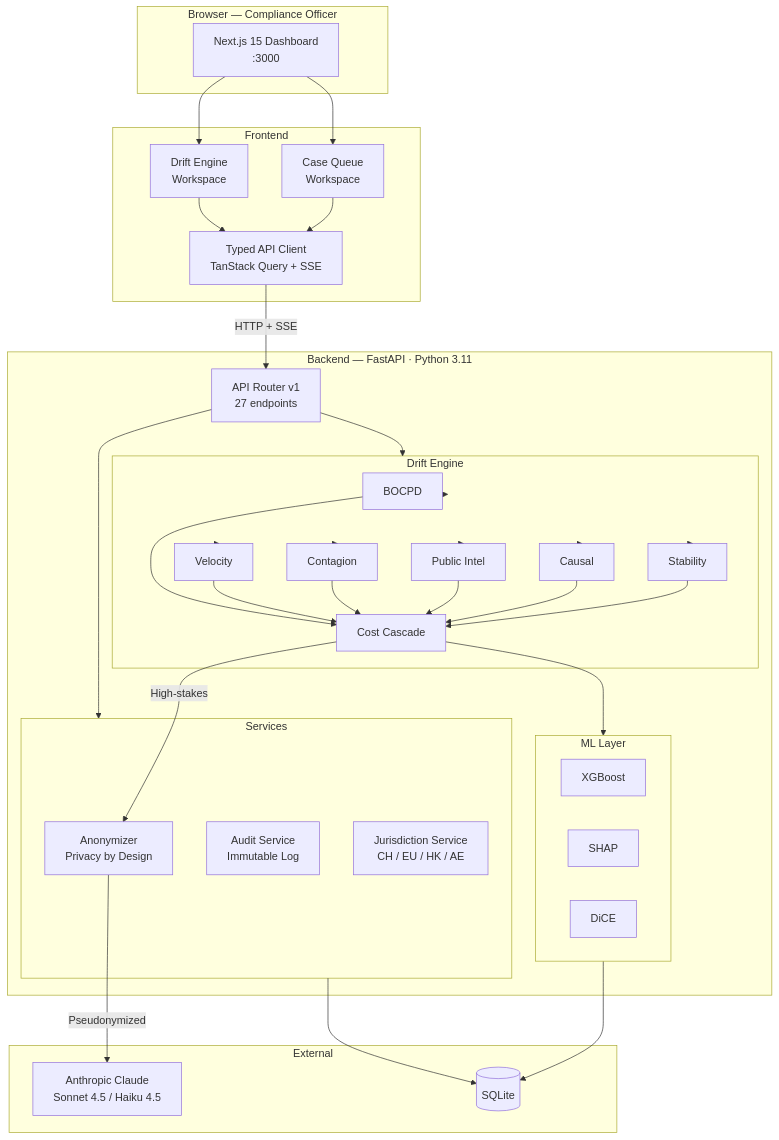
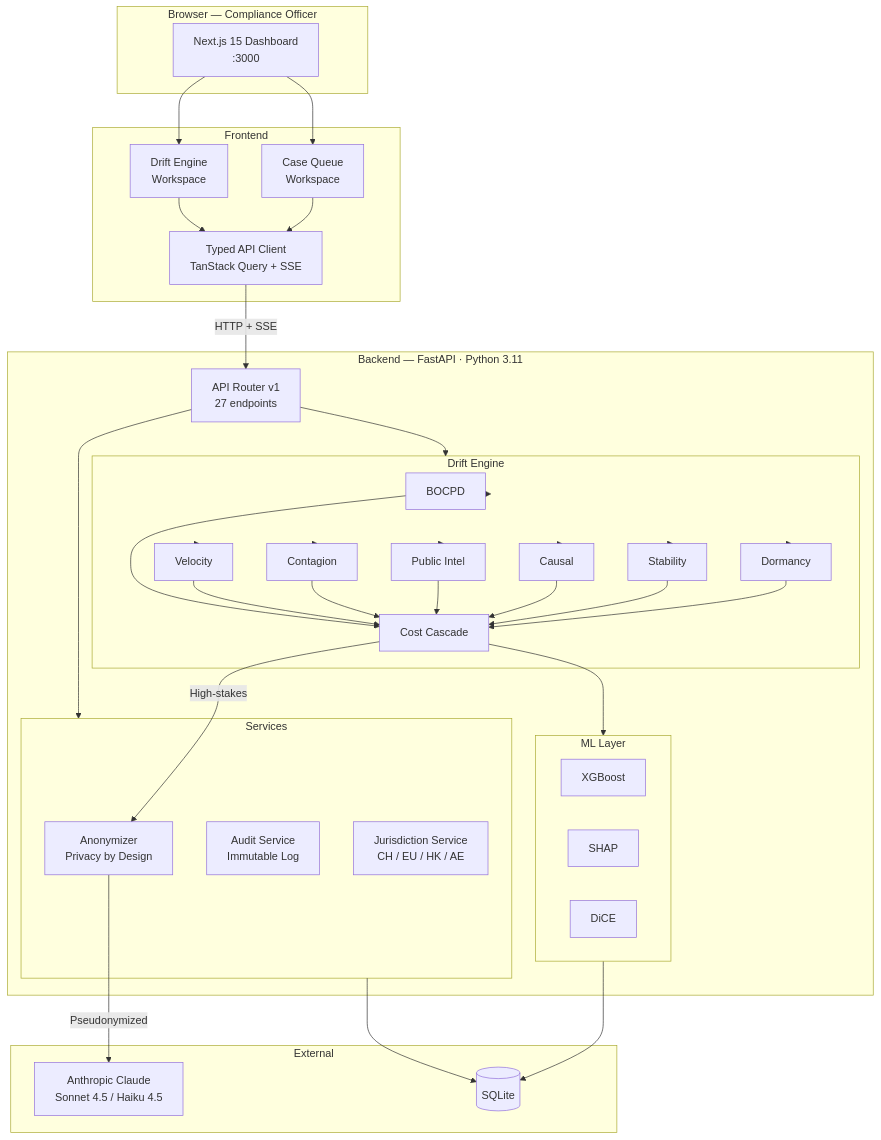
One commit to SteveDok22/Swisshacks-2026 changed the first of 4 diagrams in docs/architecture.md. Above: the diagram before and after it, drawn with Mermaid. The commit also changed other lines of this file and 11 other files, not shown here.

````diff
--- a/docs/architecture.md
+++ b/docs/architecture.md
@@ -5,54 +5,55 @@
 ```mermaid
 flowchart TB
     subgraph Browser["Browser — Compliance Officer"]
         UI["Next.js 15 Dashboard\n:3000"]
     end
 
     subgraph FE["Frontend"]
         DriftWS["Drift Engine\nWorkspace"]
         CaseWS["Case Queue\nWorkspace"]
         APIClient["Typed API Client\nTanStack Query + SSE"]
     end
 
     subgraph BE["Backend — FastAPI · Python 3.11"]
         Router["API Router v1\n27 endpoints"]
 
         subgraph Svcs["Services"]
             AnonSvc["Anonymizer\nPrivacy by Design"]
             AuditSvc["Audit Service\nImmutable Log"]
             JurisSvc["Jurisdiction Service\nCH / EU / HK / AE"]
         end
 
         subgraph DE["Drift Engine"]
             BOCPD[BOCPD]
             Vel[Velocity]
             Con[Contagion]
             PI[Public Intel]
             Caus[Causal]
             Stab[Stability]
+            Dorm[Dormancy]
             Casc[Cost Cascade]
         end
 
         subgraph ML["ML Layer"]
             XGB[XGBoost]
             SHAP[SHAP]
             DiCE[DiCE]
         end
     end
 
     subgraph Ext["External"]
         Claude["Anthropic Claude\nSonnet 4.5 / Haiku 4.5"]
         DB[(SQLite)]
     end
 
     UI --> DriftWS & CaseWS
     DriftWS & CaseWS --> APIClient
     APIClient -->|HTTP + SSE| Router
     Router --> Svcs & DE
-    DE --> BOCPD & Vel & Con & PI & Caus & Stab
-    BOCPD & Vel & Con & PI & Caus & Stab --> Casc
+    DE --> BOCPD & Vel & Con & PI & Caus & Stab & Dorm
+    BOCPD & Vel & Con & PI & Caus & Stab & Dorm --> Casc
     Casc --> ML
     Casc -->|High-stakes| AnonSvc
     AnonSvc -->|Pseudonymized| Claude
     Svcs & ML --> DB
 ```
````
